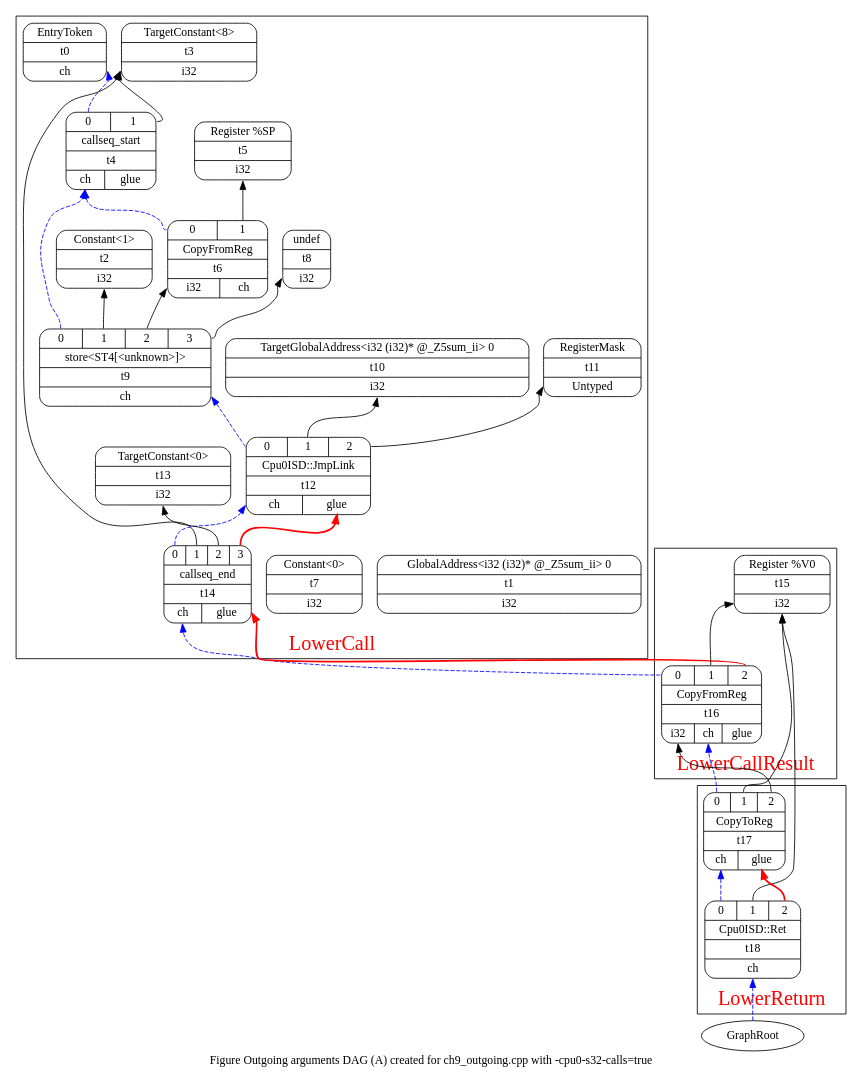
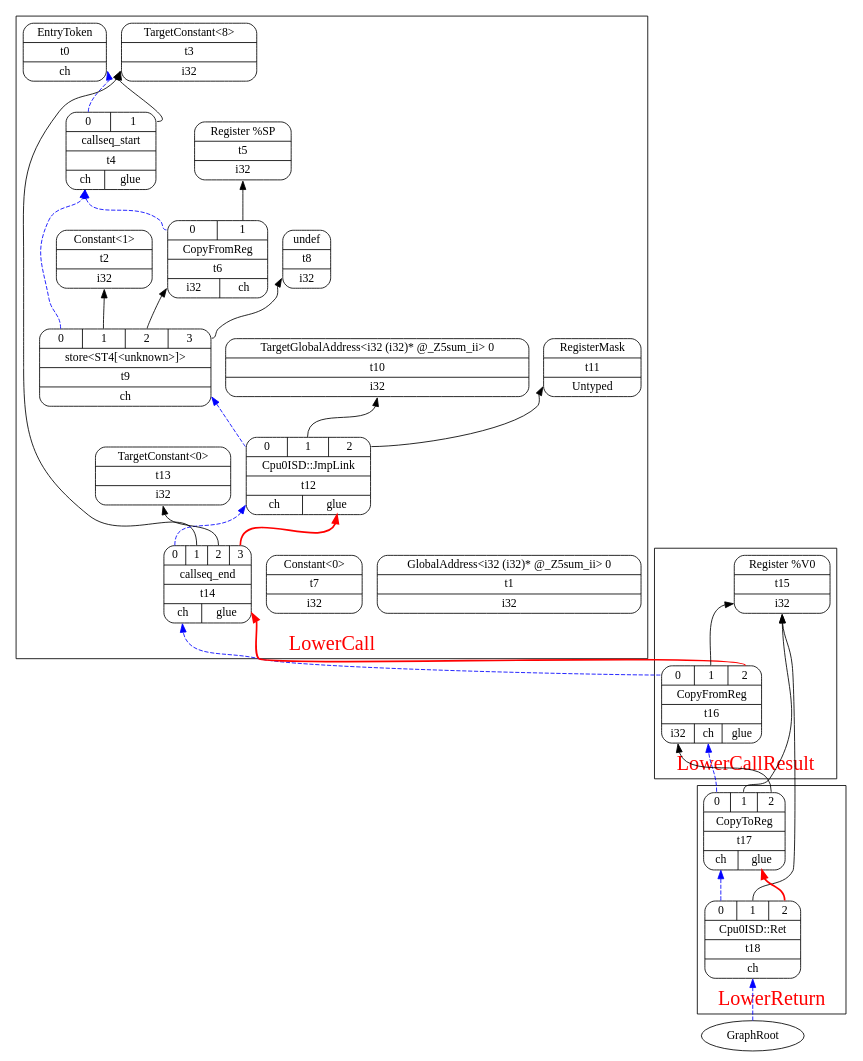
The diagram in Fig/funccall/outgoing-arg-S32.gv (Jonathan2251/lbd), drawn with Graphviz before and after one commit. The commit also changed 26 other files, not shown here.

```diff
--- a/Fig/funccall/outgoing-arg-S32.gv
+++ b/Fig/funccall/outgoing-arg-S32.gv
@@ -1,67 +1,67 @@
 digraph "dag-combine1 input for _Z10call_sum_iv:" {
 	rankdir="BT";
-	label="Figure Outgoing arguments DAG (A) created for ch9_outgoing.cpp with -cpu0-s32-calls=true";
+//	label="Figure Outgoing arguments DAG (A) created for ch9_outgoing.cpp with -cpu0-s32-calls=true";
 
   subgraph cluster_0 {
     fontcolor=red;
     fontsize=24;
     label = "LowerCall";
 	Node0x102f0d060 [shape=record,shape=Mrecord,label="{EntryToken|t0|{<d0>ch}}"];
 	Node0x10304f200 [shape=record,shape=Mrecord,label="{GlobalAddress\<i32 (i32)* @_Z5sum_ii\> 0|t1|{<d0>i32}}"];
 	Node0x10304f270 [shape=record,shape=Mrecord,label="{Constant\<1\>|t2|{<d0>i32}}"];
 	Node0x10304f2e0 [shape=record,shape=Mrecord,label="{TargetConstant\<8\>|t3|{<d0>i32}}"];
 	Node0x10304f350 [shape=record,shape=Mrecord,label="{{<s0>0|<s1>1}|callseq_start|t4|{<d0>ch|<d1>glue}}"];
 	Node0x10304f350:s0 -> Node0x102f0d060:d0[color=blue,style=dashed];
 	Node0x10304f350:s1 -> Node0x10304f2e0:d0;
 	Node0x10304f3c0 [shape=record,shape=Mrecord,label="{Register %SP|t5|{<d0>i32}}"];
 	Node0x10304f430 [shape=record,shape=Mrecord,label="{{<s0>0|<s1>1}|CopyFromReg|t6|{<d0>i32|<d1>ch}}"];
 	Node0x10304f430:s0 -> Node0x10304f350:d0[color=blue,style=dashed];
 	Node0x10304f430:s1 -> Node0x10304f3c0:d0;
 	Node0x10304f4a0 [shape=record,shape=Mrecord,label="{Constant\<0\>|t7|{<d0>i32}}"];
 	Node0x10304f510 [shape=record,shape=Mrecord,label="{undef|t8|{<d0>i32}}"];
 	Node0x10304f580 [shape=record,shape=Mrecord,label="{{<s0>0|<s1>1|<s2>2|<s3>3}|store\<ST4[\<unknown\>]\>|t9|{<d0>ch}}"];
 	Node0x10304f580:s0 -> Node0x10304f350:d0[color=blue,style=dashed];
 	Node0x10304f580:s1 -> Node0x10304f270:d0;
 	Node0x10304f580:s2 -> Node0x10304f430:d0;
 	Node0x10304f580:s3 -> Node0x10304f510:d0;
 	Node0x10304f5f0 [shape=record,shape=Mrecord,label="{TargetGlobalAddress\<i32 (i32)* @_Z5sum_ii\> 0|t10|{<d0>i32}}"];
 	Node0x10304f660 [shape=record,shape=Mrecord,label="{RegisterMask|t11|{<d0>Untyped}}"];
 	Node0x10304f6d0 [shape=record,shape=Mrecord,label="{{<s0>0|<s1>1|<s2>2}|Cpu0ISD::JmpLink|t12|{<d0>ch|<d1>glue}}"];
 	Node0x10304f6d0:s0 -> Node0x10304f580:d0[color=blue,style=dashed];
 	Node0x10304f6d0:s1 -> Node0x10304f5f0:d0;
 	Node0x10304f6d0:s2 -> Node0x10304f660:d0;
 	Node0x10304f740 [shape=record,shape=Mrecord,label="{TargetConstant\<0\>|t13|{<d0>i32}}"];
 	Node0x10304f7b0 [shape=record,shape=Mrecord,label="{{<s0>0|<s1>1|<s2>2|<s3>3}|callseq_end|t14|{<d0>ch|<d1>glue}}"];
 	Node0x10304f7b0:s0 -> Node0x10304f6d0:d0[color=blue,style=dashed];
 	Node0x10304f7b0:s1 -> Node0x10304f2e0:d0;
 	Node0x10304f7b0:s2 -> Node0x10304f740:d0;
 	Node0x10304f7b0:s3 -> Node0x10304f6d0:d1[color=red,style=bold];
   }
   subgraph cluster_1 {
     fontcolor=red;
     fontsize=24;
     label = "LowerCallResult";
 	Node0x10304f820 [shape=record,shape=Mrecord,label="{Register %V0|t15|{<d0>i32}}"];
 	Node0x10304f890 [shape=record,shape=Mrecord,label="{{<s0>0|<s1>1|<s2>2}|CopyFromReg|t16|{<d0>i32|<d1>ch|<d2>glue}}"];
   }
   subgraph cluster_2 {
     fontcolor=red;
     fontsize=24;
     label = "LowerReturn";
 	Node0x10304f900 [shape=record,shape=Mrecord,label="{{<s0>0|<s1>1|<s2>2}|CopyToReg|t17|{<d0>ch|<d1>glue}}"];
 	Node0x10304f970 [shape=record,shape=Mrecord,label="{{<s0>0|<s1>1|<s2>2}|Cpu0ISD::Ret|t18|{<d0>ch}}"];
   }
 	Node0x10304f890:s0 -> Node0x10304f7b0:d0[color=blue,style=dashed];
 	Node0x10304f890:s1 -> Node0x10304f820:d0;
 	Node0x10304f890:s2 -> Node0x10304f7b0:d1[color=red,style=bold];
 	
 	Node0x10304f900:s0 -> Node0x10304f890:d1[color=blue,style=dashed];
 	Node0x10304f900:s1 -> Node0x10304f820:d0;
 	Node0x10304f900:s2 -> Node0x10304f890:d0;
 	Node0x10304f970:s0 -> Node0x10304f900:d0[color=blue,style=dashed];
 	Node0x10304f970:s1 -> Node0x10304f820:d0;
 	Node0x10304f970:s2 -> Node0x10304f900:d1[color=red,style=bold];
 	
 	Node0x0[ plaintext=circle, label ="GraphRoot"];
 	Node0x0 -> Node0x10304f970:d0[color=blue,style=dashed];
 }
```
